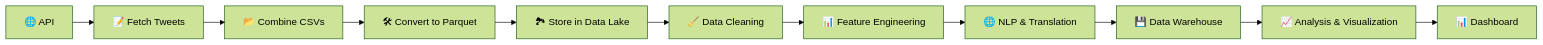
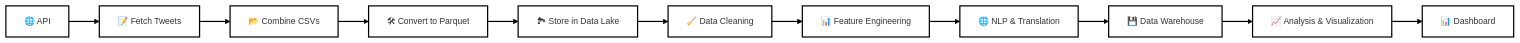
The second of 2 diagrams in README.md (AminMosallanejad339/Cron-Sahamyab-Pro), drawn with Mermaid before and after one commit. The commit also changed other lines of this file, not shown here.

````diff
--- a/README.md
+++ b/README.md
@@ -554,19 +554,19 @@
 ```mermaid
 ---
 config:
-  layout: elk
-  theme: forest
+  layout: dagre
+  theme: neo
 ---
 flowchart LR
     A["🌐 API"] --> B["📝 Fetch Tweets"]
     B --> C["📂 Combine CSVs"]
     C --> D["🛠 Convert to Parquet"]
     D --> E["🏞 Store in Data Lake"]
     E --> F["🧹 Data Cleaning"]
     F --> G["📊 Feature Engineering"]
     G --> H["🌐 NLP & Translation"]
     H --> I["💾 Data Warehouse"]
     I --> J["📈 Analysis & Visualization"]
     J --> K["📊 Dashboard"]
 
 ```
````
